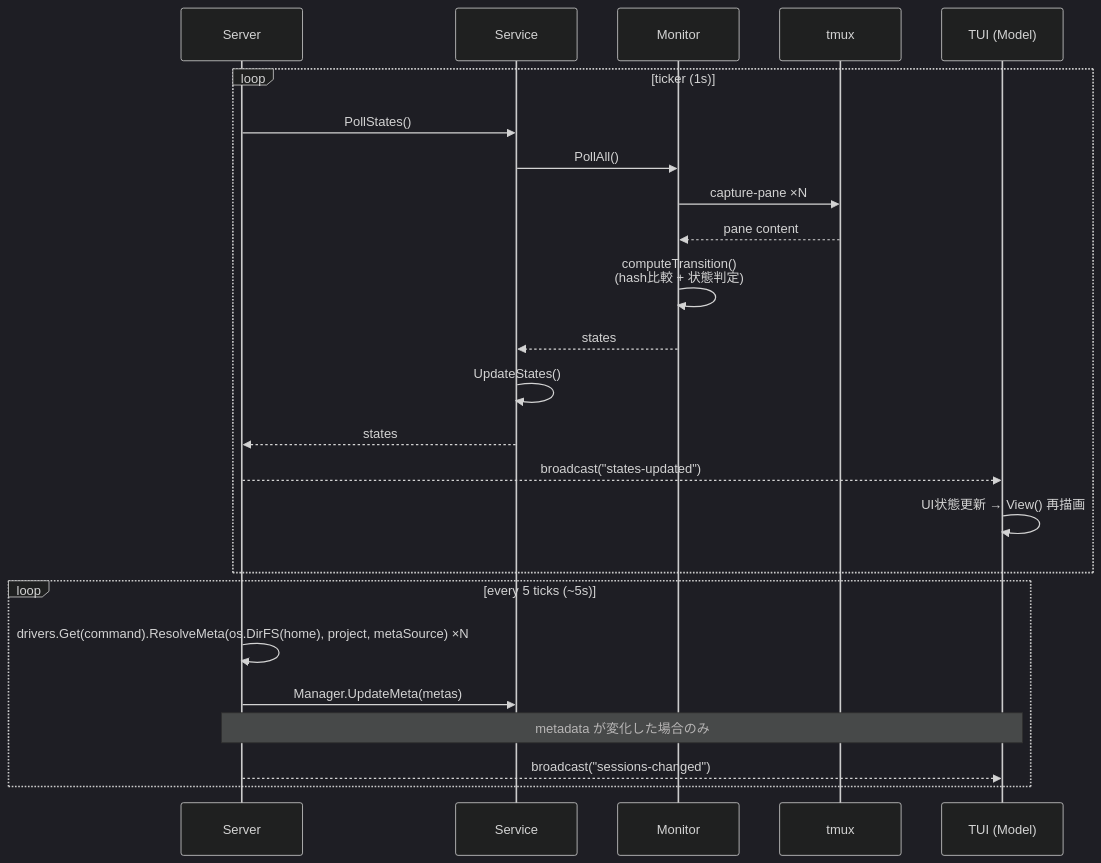
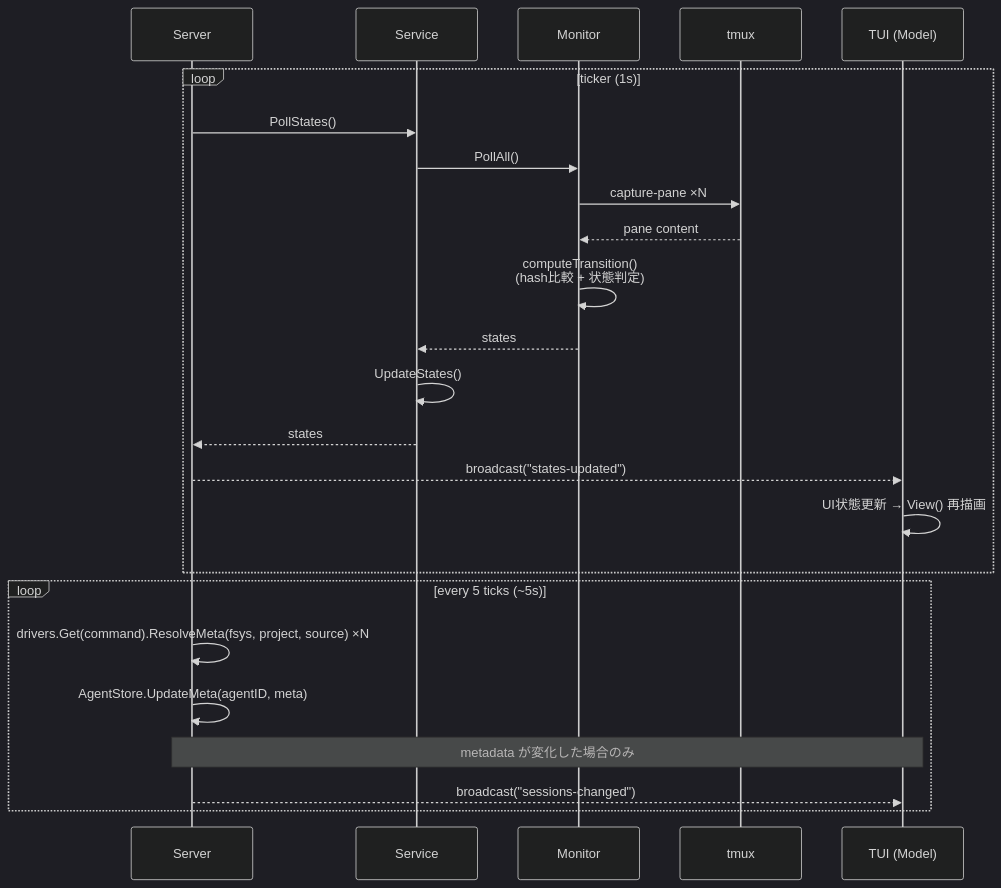
The fourth of 5 diagrams in ARCHITECTURE.md (takezoh/agent-roost), drawn with Mermaid (dark theme) before and after one commit. The commit also changed other lines of this file and 23 other files, not shown here.

First line of the commit message:
Separate tmux and agent session management with AgentStore

````diff
--- a/ARCHITECTURE.md
+++ b/ARCHITECTURE.md
@@ -413,28 +413,28 @@
 ```mermaid
 sequenceDiagram
     participant S as Server
     participant Svc as Service
     participant Mon as Monitor
     participant T as tmux
     participant M as TUI (Model)
 
     loop ticker (1s)
         S->>Svc: PollStates()
         Svc->>Mon: PollAll()
         Mon->>T: capture-pane ×N
         T-->>Mon: pane content
         Mon->>Mon: computeTransition()<br/>(hash比較 + 状態判定)
         Mon-->>Svc: states
         Svc->>Svc: UpdateStates()
         Svc-->>S: states
         S-->>M: broadcast("states-updated")
         M->>M: UI状態更新 → View() 再描画
     end
 
     loop every 5 ticks (~5s)
-        S->>S: drivers.Get(command).ResolveMeta(os.DirFS(home), project, metaSource) ×N
-        S->>Svc: Manager.UpdateMeta(metas)
+        S->>S: drivers.Get(command).ResolveMeta(fsys, project, source) ×N
+        S->>S: AgentStore.UpdateMeta(agentID, meta)
         Note over S,M: metadata が変化した場合のみ
         S-->>M: broadcast("sessions-changed")
     end
 ```
````
